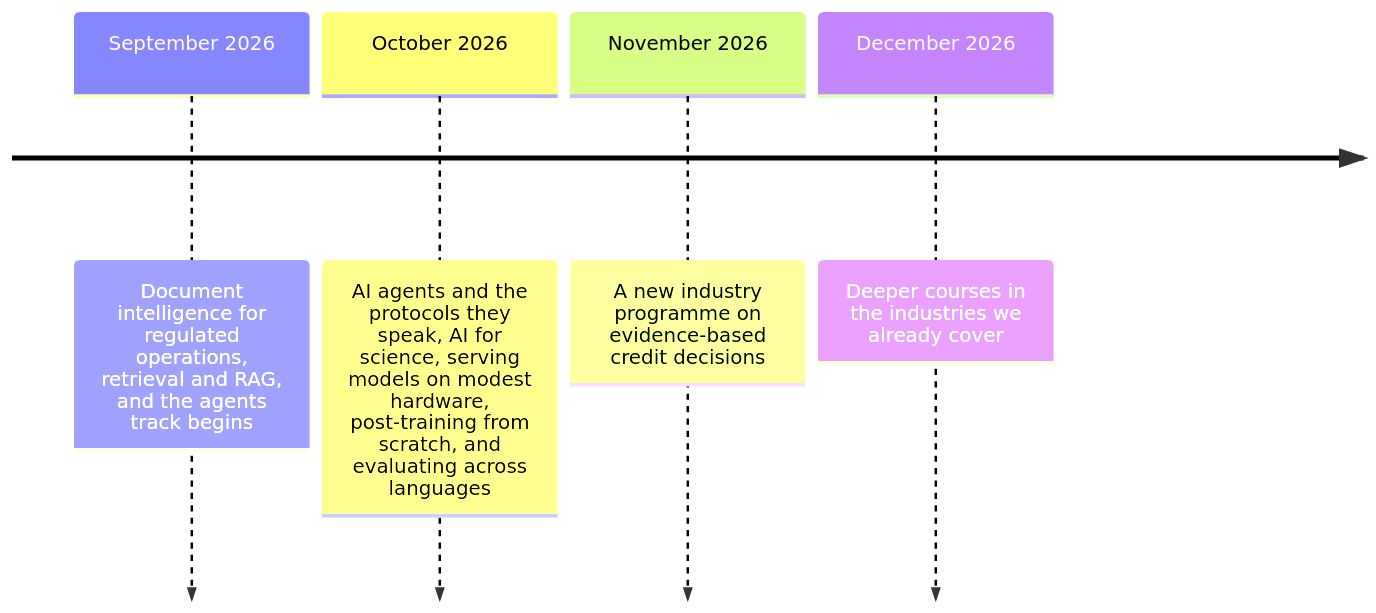
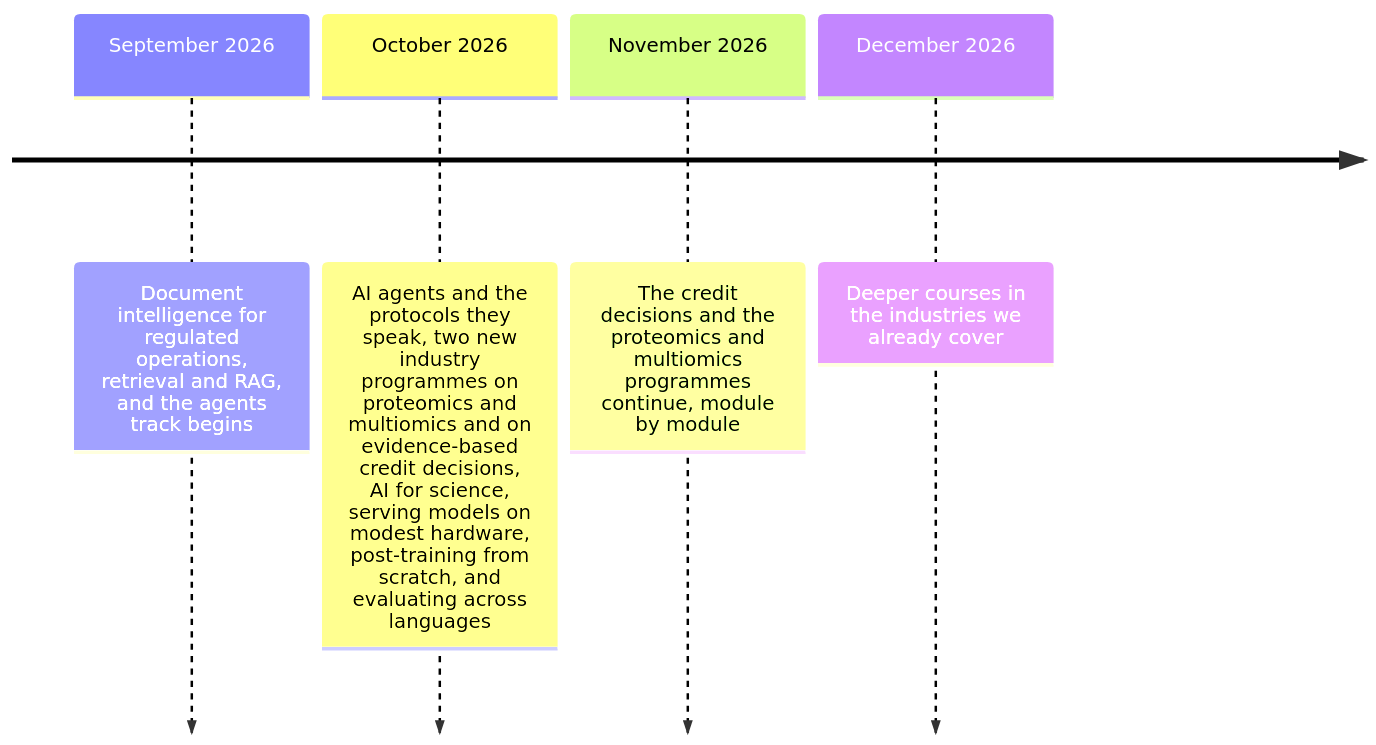
One commit to TarrySingh/Artificial-Intelligence-Deep-Learning-Machine-Learning-Tutorials changed the diagram in README.md. Above: the diagram before and after it, drawn with Mermaid. The commit also changed other lines of this file and 258 other files, not shown here.

First line of the commit message:
Drop 4: catch-up release — agents, serving and post-training, AI for science, and two new programmes

````diff
--- a/README.md
+++ b/README.md
@@ -67,7 +73,7 @@
 ```mermaid
 timeline
     September 2026 : Document intelligence for regulated operations, retrieval and RAG, and the agents track begins
-    October 2026 : AI agents and the protocols they speak, AI for science, serving models on modest hardware, post-training from scratch, and evaluating across languages
-    November 2026 : A new industry programme on evidence-based credit decisions
+    October 2026 : AI agents and the protocols they speak, two new industry programmes on proteomics and multiomics and on evidence-based credit decisions, AI for science, serving models on modest hardware, post-training from scratch, and evaluating across languages
+    November 2026 : The credit decisions and the proteomics and multiomics programmes continue, module by module
     December 2026 : Deeper courses in the industries we already cover
 ```
````
